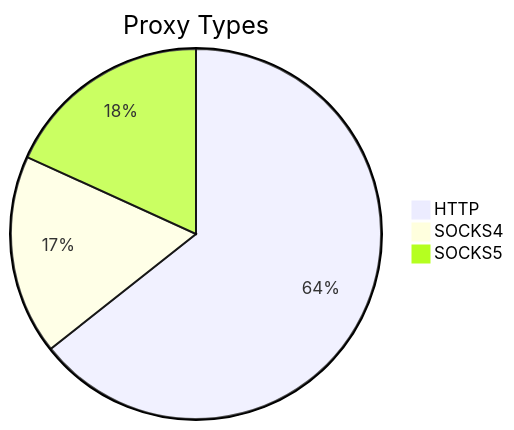
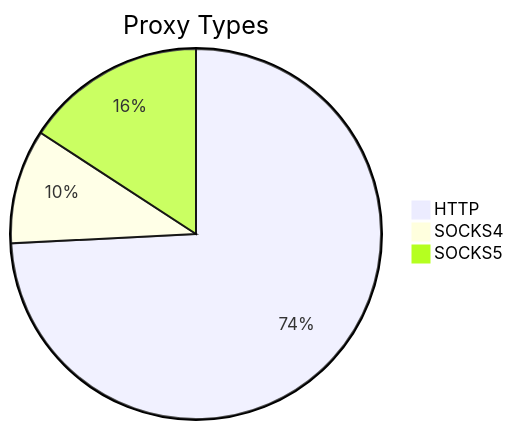
One commit to stormsia/proxy-list changed the first of 2 diagrams in README.md. Above: the diagram before and after it, drawn with Mermaid. The commit also changed other lines of this file, not shown here.

````diff
--- a/README.md
+++ b/README.md
@@ -21,6 +21,6 @@
 ```mermaid
 pie title Proxy Types
-    "HTTP" : 343
-    "SOCKS4" : 93
-    "SOCKS5" : 97
+    "HTTP" : 230
+    "SOCKS4" : 31
+    "SOCKS5" : 49
 ```
````
